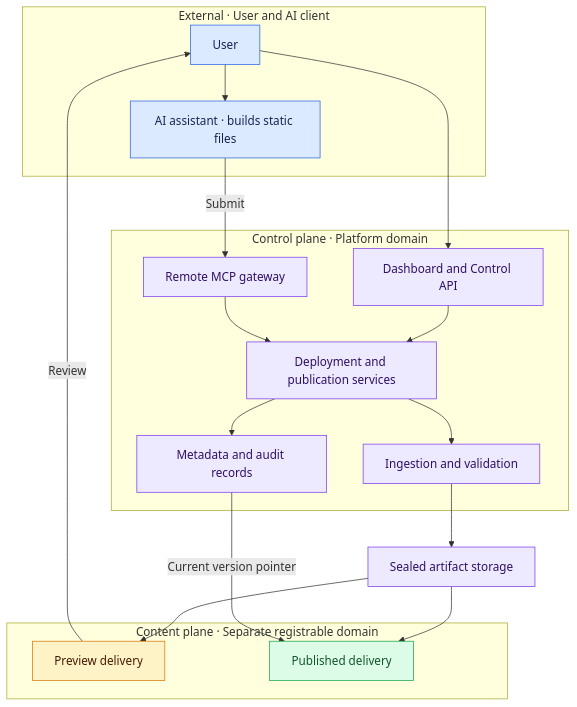
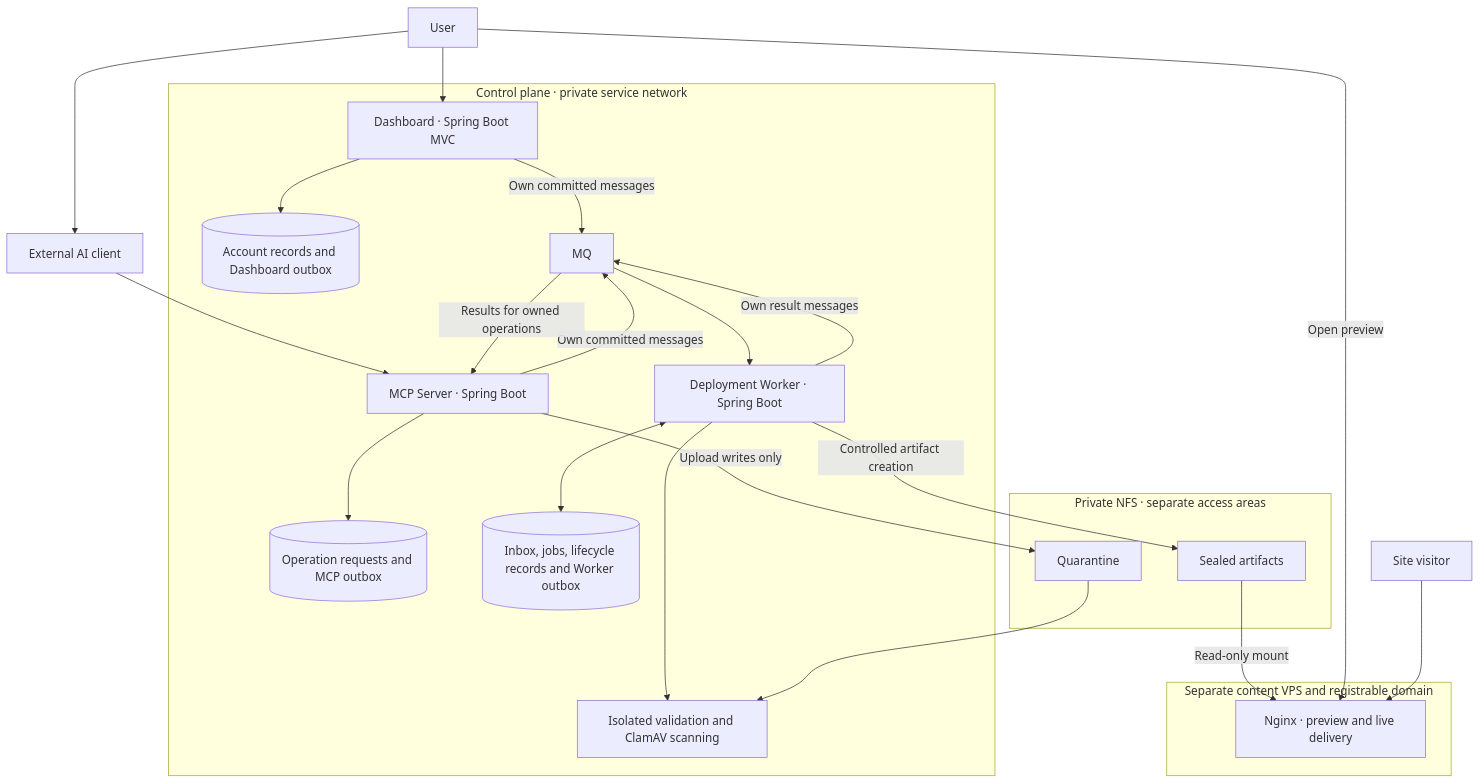
One commit to yildizib/codomain changed the first of 7 diagrams in ARCHITECTURE.md. Above: the diagram before and after it, drawn with Mermaid. The commit also changed other lines of this file and 18 other files, not shown here.

````diff
--- a/ARCHITECTURE.md
+++ b/ARCHITECTURE.md
@@ -9,40 +14,30 @@
 ```mermaid
 flowchart TB
-  subgraph external["External · User and AI client"]
-    U["User"]
-    AI["AI assistant · builds static files"]
+  U["User"] --> D["Dashboard · Spring Boot MVC"]
+  U --> AI["External AI client"]
+  AI --> M["MCP Server · Spring Boot"]
+  subgraph apps["Control plane · private service network"]
+    D --> DD[("Account records and Dashboard outbox")]
+    M --> MD[("Operation requests and MCP outbox")]
+    D -->|"Own committed messages"| MQ["MQ"]
+    M -->|"Own committed messages"| MQ
+    MQ --> W["Deployment Worker · Spring Boot"]
+    W <--> WD[("Inbox, jobs, lifecycle records and Worker outbox")]
+    W -->|"Own result messages"| MQ
+    MQ -->|"Results for owned operations"| M
+    W --> SC["Isolated validation and ClamAV scanning"]
   end
-  subgraph control["Control plane · Platform domain"]
-    UI["Dashboard and Control API"]
-    MCP["Remote MCP gateway"]
-    S["Deployment and publication services"]
-    W["Ingestion and validation"]
-    M["Metadata and audit records"]
+  subgraph storage["Private NFS · separate access areas"]
+    Q["Quarantine"]
+    A["Sealed artifacts"]
   end
-  subgraph content["Content plane · Separate registrable domain"]
-    P["Preview delivery"]
-    L["Published delivery"]
+  M -->|"Upload writes only"| Q
+  Q --> SC
+  W -->|"Controlled artifact creation"| A
+  subgraph edge["Separate content VPS and registrable domain"]
+    N["Nginx · preview and live delivery"]
   end
-  STORE["Sealed artifact storage"]
-  U --> UI
-  U --> AI
-  AI -->|Submit| MCP
-  UI --> S
-  MCP --> S
-  S --> W
-  W --> STORE
-  S --> M
-  STORE --> P
-  STORE --> L
-  M -->|Current version pointer| L
-  P -->|Review| U
-  class U,AI actor;
-  class UI,MCP,S,W,M,STORE platform;
-  class P review;
-  class L live;
-  classDef actor fill:#dbeafe,stroke:#2563eb,color:#172554;
-  classDef platform fill:#ede9fe,stroke:#7c3aed,color:#2e1065;
-  classDef review fill:#fef3c7,stroke:#d97706,color:#451a03;
-  classDef live fill:#dcfce7,stroke:#16a34a,color:#14532d;
-  classDef failure fill:#fee2e2,stroke:#dc2626,color:#450a0a;
+  A -->|"Read-only mount"| N
+  U -->|"Open preview"| N
+  V["Site visitor"] --> N
 ```
````
